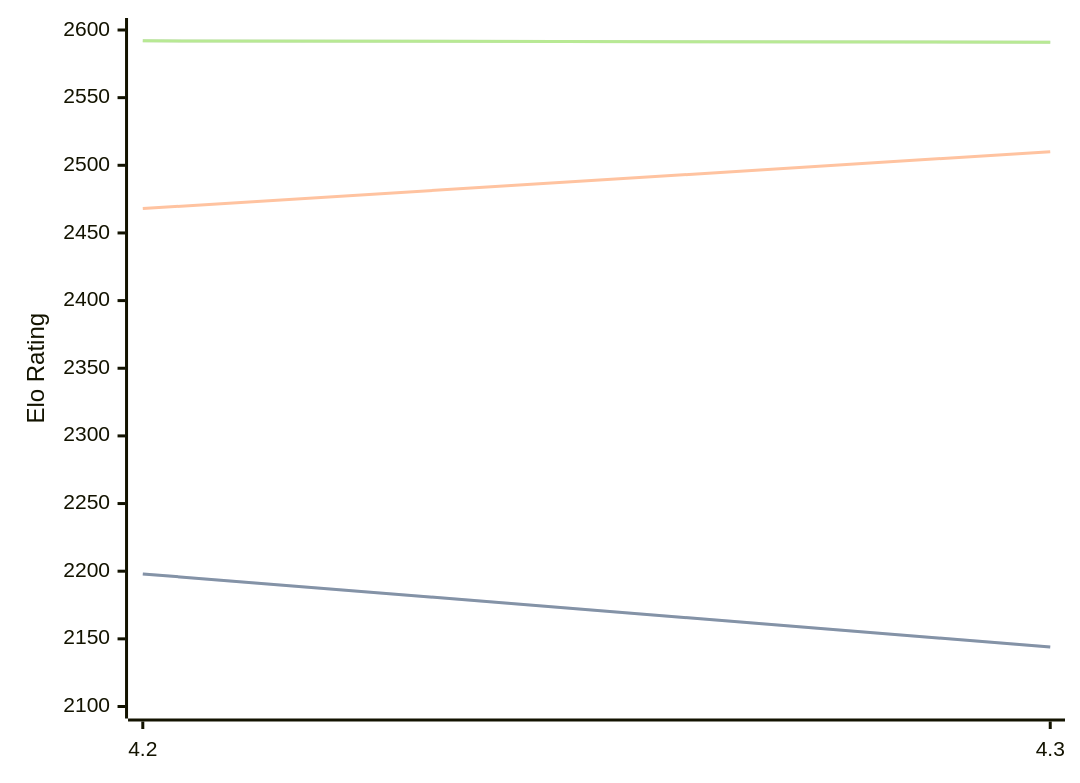
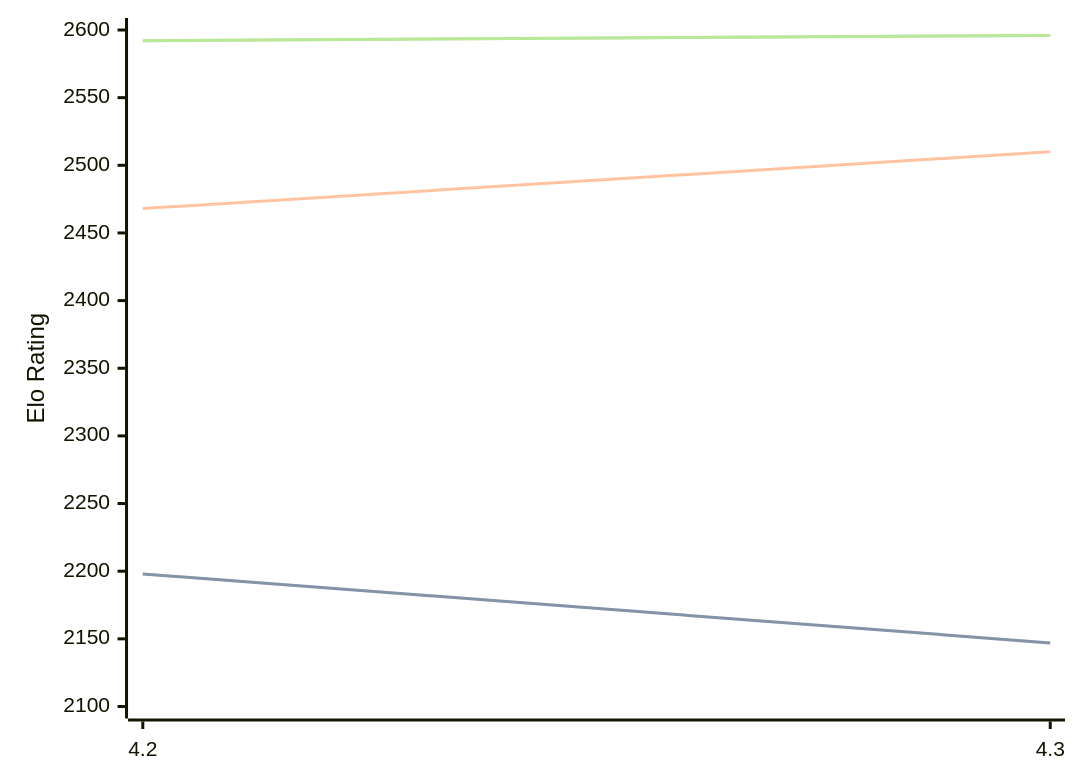
Before and after one commit to computer-chess-index/cci: the diagram in engines/Eubos.md, drawn with Mermaid. The commit also changed other lines of this file, not shown here.

Commit message:
Update CCI Ratings (ELO VLTC) - 2026-03-13

````diff
--- a/engines/Eubos.md
+++ b/engines/Eubos.md
@@ -86,11 +86,11 @@
 ```mermaid
 %%{init: {"theme":"base","themeVariables":{"seriesColors:['#a3a3a3','#222221','#faa371']}}}%%
 xychart-beta
   x-axis ["4.2", "4.3"]
   y-axis "Elo Rating" 2100 --> 2600
-  line "STC (8.0+0.08s)" [2198, 2144]
-  line "STC (8.0+0.08s)" [2198, 2144]
+  line "STC (8.0+0.08s)" [2198, 2147]
+  line "STC (8.0+0.08s)" [2198, 2147]
   line "LTC (60.0+0.60s)" [2468, 2510]
-  line "VLTC (2m24s+1.12s)" [2592, 2591]
-  line "VLTC (2m24s+1.12s)" [2592, 2591]
+  line "VLTC (2m24s+1.12s)" [2592, 2596]
+  line "VLTC (2m24s+1.12s)" [2592, 2596]
 ```
````
